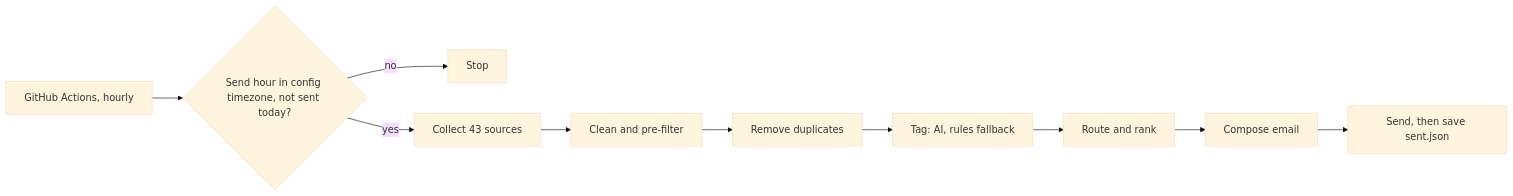
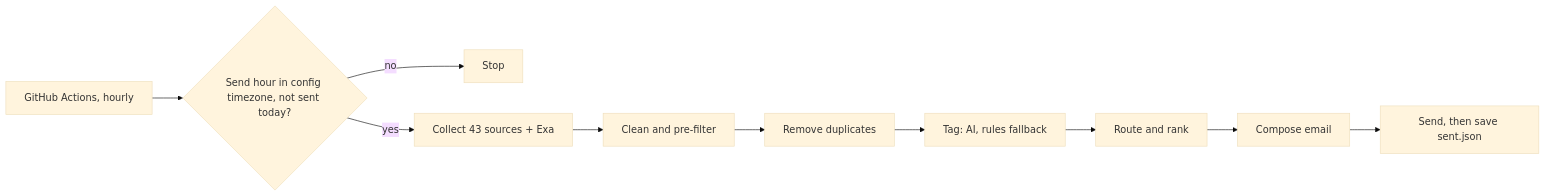
The diagram in docs/design.md (shushrut-builder/auto-news-tracker), drawn with Mermaid (base theme) before and after one commit. The commit also changed other lines of this file and 5 other files, not shown here.

````diff
--- a/docs/design.md
+++ b/docs/design.md
@@ -13,12 +13,12 @@
 ```mermaid
 flowchart LR
   T[GitHub Actions, hourly] --> S{Send hour in config timezone, not sent today?}
   S -- no --> X[Stop]
-  S -- yes --> C[Collect 43 sources]
+  S -- yes --> C[Collect 43 sources + Exa]
   C --> F[Clean and pre-filter]
   F --> D[Remove duplicates]
   D --> A[Tag: AI, rules fallback]
   A --> R[Route and rank]
   R --> E[Compose email]
   E --> M[Send, then save sent.json]
 ```
````
